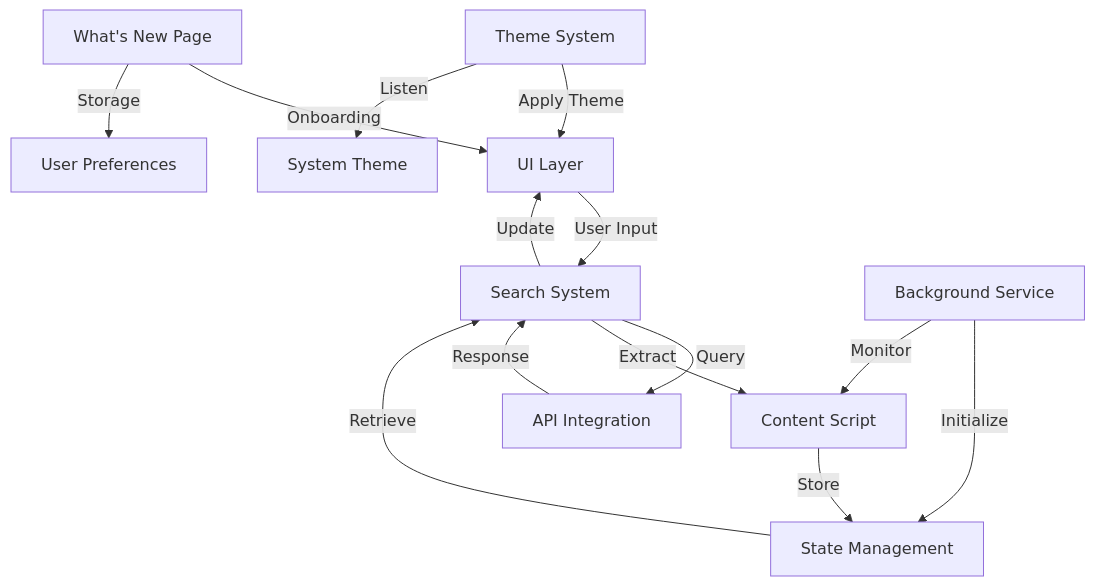
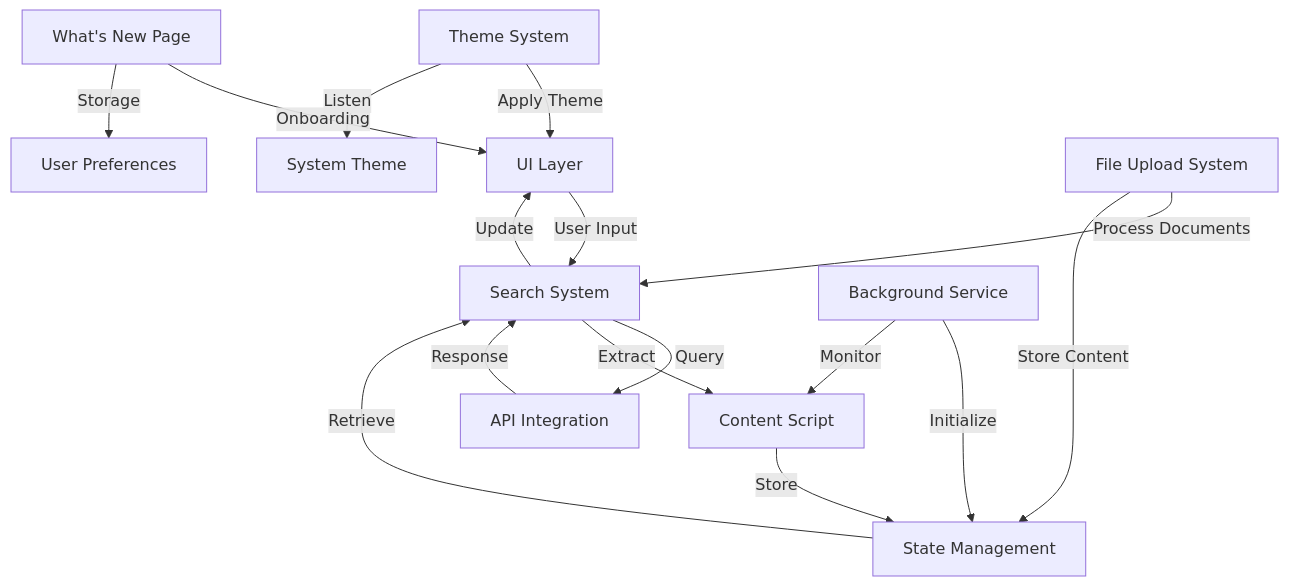
One commit to magellan-extension/magellan changed the first of 3 diagrams in docs/ARCHITECTURE.md. Above: the diagram before and after it, drawn with Mermaid. The commit also changed other lines of this file and 2 other files, not shown here.

````diff
--- a/docs/ARCHITECTURE.md
+++ b/docs/ARCHITECTURE.md
@@ -43,16 +47,18 @@
 ```mermaid
 graph TD
     A[UI Layer] -->|User Input| B[Search System]
     B -->|Query| C[API Integration]
     B -->|Extract| D[Content Script]
     D -->|Store| E[State Management]
     E -->|Retrieve| B
     C -->|Response| B
     B -->|Update| A
     F[Background Service] -->|Initialize| E
     F -->|Monitor| D
     G[Theme System] -->|Apply Theme| A
     G -->|Listen| H[System Theme]
     I[What's New Page] -->|Onboarding| A
     I -->|Storage| J[User Preferences]
+    K[File Upload System] -->|Process Documents| B
+    K -->|Store Content| E
 ```
````
